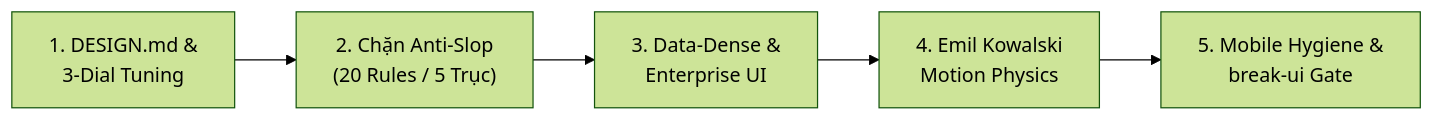
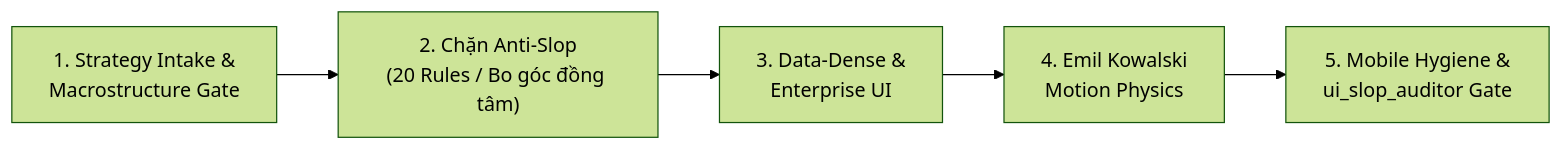
One commit to Sonleeee/Agent-Dev-Kit changed the diagram in skills/core/adk-ui-craft/SKILL.md. Above: the diagram before and after it, drawn with Mermaid (forest theme). The commit also changed other lines of this file and 11 other files, not shown here.

````diff
--- a/skills/core/adk-ui-craft/SKILL.md
+++ b/skills/core/adk-ui-craft/SKILL.md
@@ -16,7 +35,7 @@
 ```mermaid
 flowchart LR
-    A["1. DESIGN.md &<br/>3-Dial Tuning"] --> B["2. Chặn Anti-Slop<br/>(20 Rules / 5 Trục)"]
+    A["1. Strategy Intake &<br/>Macrostructure Gate"] --> B["2. Chặn Anti-Slop<br/>(20 Rules / Bo góc đồng tâm)"]
     B --> C["3. Data-Dense &<br/>Enterprise UI"]
     C --> D["4. Emil Kowalski<br/>Motion Physics"]
-    D --> E["5. Mobile Hygiene &<br/>break-ui Gate"]
+    D --> E["5. Mobile Hygiene &<br/>ui_slop_auditor Gate"]
 ```
````
